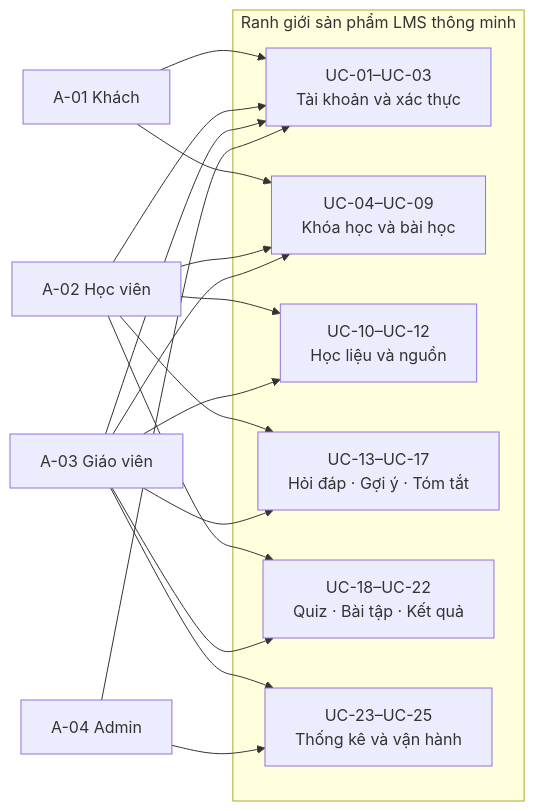
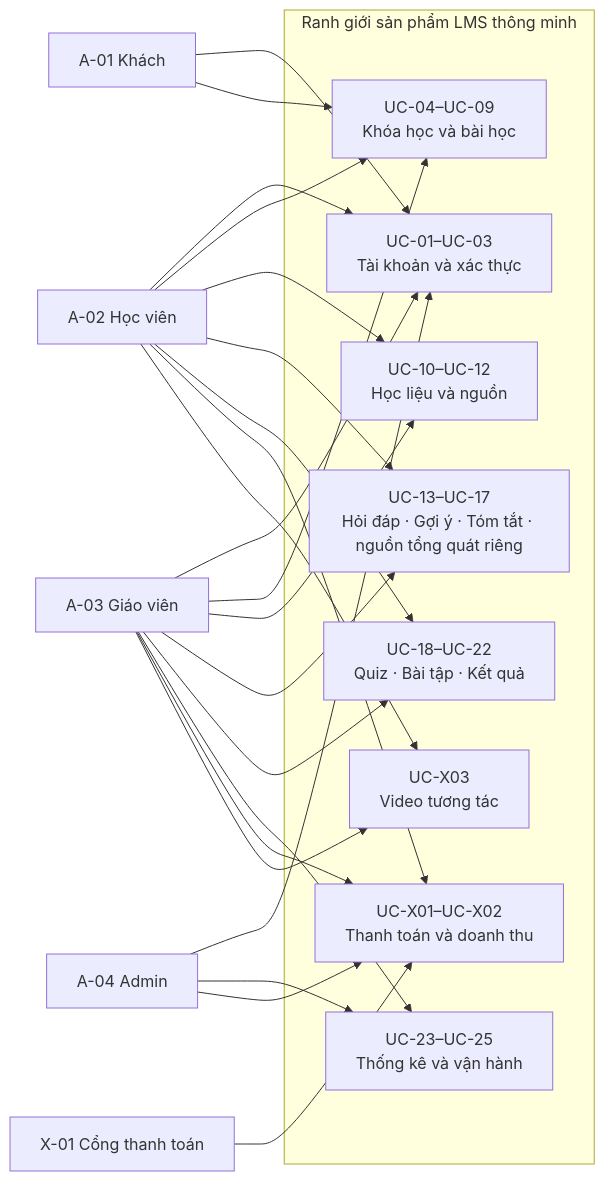
One commit to CuongTT-04/smart-lms-rag changed the diagram in docs/srs/actors-usecases.md. Above: the diagram before and after it, drawn with Mermaid. The commit also changed other lines of this file and 3 other files, not shown here.

````diff
--- a/docs/srs/actors-usecases.md
+++ b/docs/srs/actors-usecases.md
@@ -365,32 +361,41 @@
 ```mermaid
 flowchart LR
     Guest["A-01 Khách"]
     Student["A-02 Học viên"]
     Teacher["A-03 Giáo viên"]
     Admin["A-04 Admin"]
+    Gateway["X-01 Cổng thanh toán"]
 
     subgraph LMS["Ranh giới sản phẩm LMS thông minh"]
         Auth["UC-01–UC-03<br/>Tài khoản và xác thực"]
         Course["UC-04–UC-09<br/>Khóa học và bài học"]
         Docs["UC-10–UC-12<br/>Học liệu và nguồn"]
-        AI["UC-13–UC-17<br/>Hỏi đáp · Gợi ý · Tóm tắt"]
+        AI["UC-13–UC-17<br/>Hỏi đáp · Gợi ý · Tóm tắt · nguồn tổng quát riêng"]
         Assessment["UC-18–UC-22<br/>Quiz · Bài tập · Kết quả"]
         Analytics["UC-23–UC-25<br/>Thống kê và vận hành"]
+        Payment["UC-X01–UC-X02<br/>Thanh toán và doanh thu"]
+        Video["UC-X03<br/>Video tương tác"]
     end
 
     Guest --> Auth
     Guest --> Course
     Student --> Auth
     Student --> Course
     Student --> Docs
     Student --> AI
     Student --> Assessment
     Teacher --> Auth
     Teacher --> Course
     Teacher --> Docs
     Teacher --> AI
     Teacher --> Assessment
     Teacher --> Analytics
     Admin --> Auth
     Admin --> Analytics
+    Student --> Payment
+    Teacher --> Payment
+    Admin --> Payment
+    Gateway --> Payment
+    Student --> Video
+    Teacher --> Video
 ```
````
